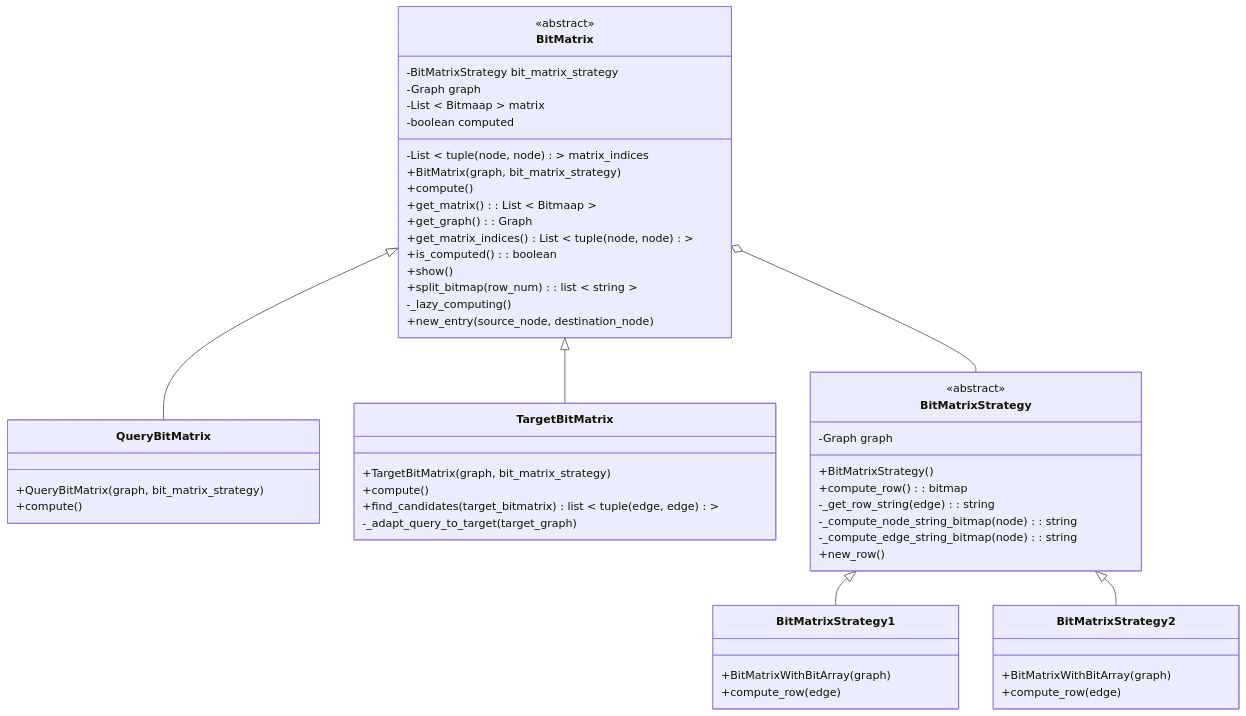
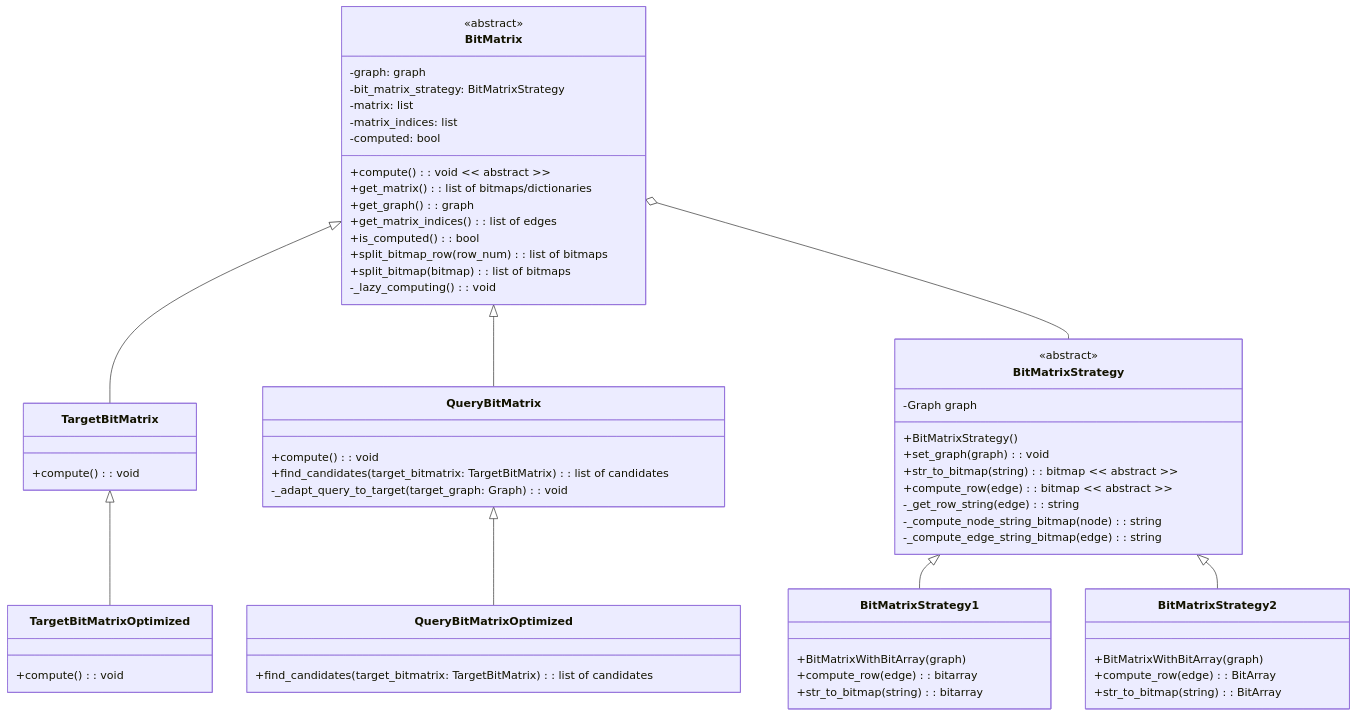
The diagram in BitMatrix/uml.mermaid (Anto188bas/CMiner), drawn with Mermaid before and after one commit. The commit also changed 4 other files, not shown here.

Commit message:
BitMatrix Optimization

```diff
--- a/BitMatrix/uml.mermaid
+++ b/BitMatrix/uml.mermaid
@@ -1,60 +1,65 @@
 classDiagram
 
+    BitMatrix <|-- TargetBitMatrix
     BitMatrix <|-- QueryBitMatrix
-    BitMatrix <|-- TargetBitMatrix
-    BitMatrix o-- BitMatrixStrategy
     BitMatrixStrategy <|-- BitMatrixStrategy1
     BitMatrixStrategy <|-- BitMatrixStrategy2
-
+    TargetBitMatrix <|-- TargetBitMatrixOptimized
+    QueryBitMatrix <|-- QueryBitMatrixOptimized
+    BitMatrix o-- BitMatrixStrategy
 
     class BitMatrix {
-        -BitMatrixStrategy bit_matrix_strategy
-        -Graph graph
-        -List < Bitmaap > matrix
-        -List < tuple(node, node) > matrix_indices
-        -boolean computed
         <<abstract>>
-        +BitMatrix(graph, bit_matrix_strategy)
-        +compute()
-        +get_matrix() : List < Bitmaap >
-        +get_graph() : Graph
-        +get_matrix_indices() : List < tuple(node, node) >
-        +is_computed() : boolean
-        +show()
-        +split_bitmap(row_num) : list < string >
-        -_lazy_computing()
-        +new_entry(source_node, destination_node)
+        +compute(): void << abstract >>
+        +get_matrix(): list of bitmaps/dictionaries
+        +get_graph(): graph
+        +get_matrix_indices(): list of edges
+        +is_computed(): bool
+        +split_bitmap_row(row_num): list of bitmaps
+        +split_bitmap(bitmap): list of bitmaps
+        -_lazy_computing(): void
+
+        -graph: graph
+        -bit_matrix_strategy: BitMatrixStrategy
+        -matrix: list
+        -matrix_indices: list
+        -computed: bool
     }
-
     class QueryBitMatrix {
-        +QueryBitMatrix(graph, bit_matrix_strategy)
-        +compute()
+        +compute(): void
+        +find_candidates(target_bitmatrix: TargetBitMatrix): list of candidates
+        -_adapt_query_to_target(target_graph: Graph): void
     }
-
     class TargetBitMatrix {
-        +TargetBitMatrix(graph, bit_matrix_strategy)
-        +compute()
-        +find_candidates(target_bitmatrix) : list < tuple(edge, edge) >
-        -_adapt_query_to_target(target_graph)
+        +compute(): void
+    }
+    class TargetBitMatrixOptimized {
+        +compute(): void
+    }
+    class QueryBitMatrixOptimized {
+        +find_candidates(target_bitmatrix: TargetBitMatrix): list of candidates
     }
 
     class BitMatrixStrategy {
         -Graph graph
         <<abstract>>
         +BitMatrixStrategy()
-        +compute_row() : bitmap
+        +set_graph(graph) : void
+        +str_to_bitmap(string) : bitmap << abstract >>
+        +compute_row(edge) : bitmap << abstract >>
         -_get_row_string(edge) : string
         -_compute_node_string_bitmap(node) : string
-        -_compute_edge_string_bitmap(node) : string
-        +new_row()
+        -_compute_edge_string_bitmap(edge) : string
     }
 
     class BitMatrixStrategy1 {
         +BitMatrixWithBitArray(graph)
-        +compute_row(edge)
+        +compute_row(edge) : bitarray
+        +str_to_bitmap(string) : bitarray
     }
 
     class BitMatrixStrategy2 {
         +BitMatrixWithBitArray(graph)
-        +compute_row(edge)
+        +compute_row(edge) : BitArray
+        +str_to_bitmap(string) : BitArray
     }
```
